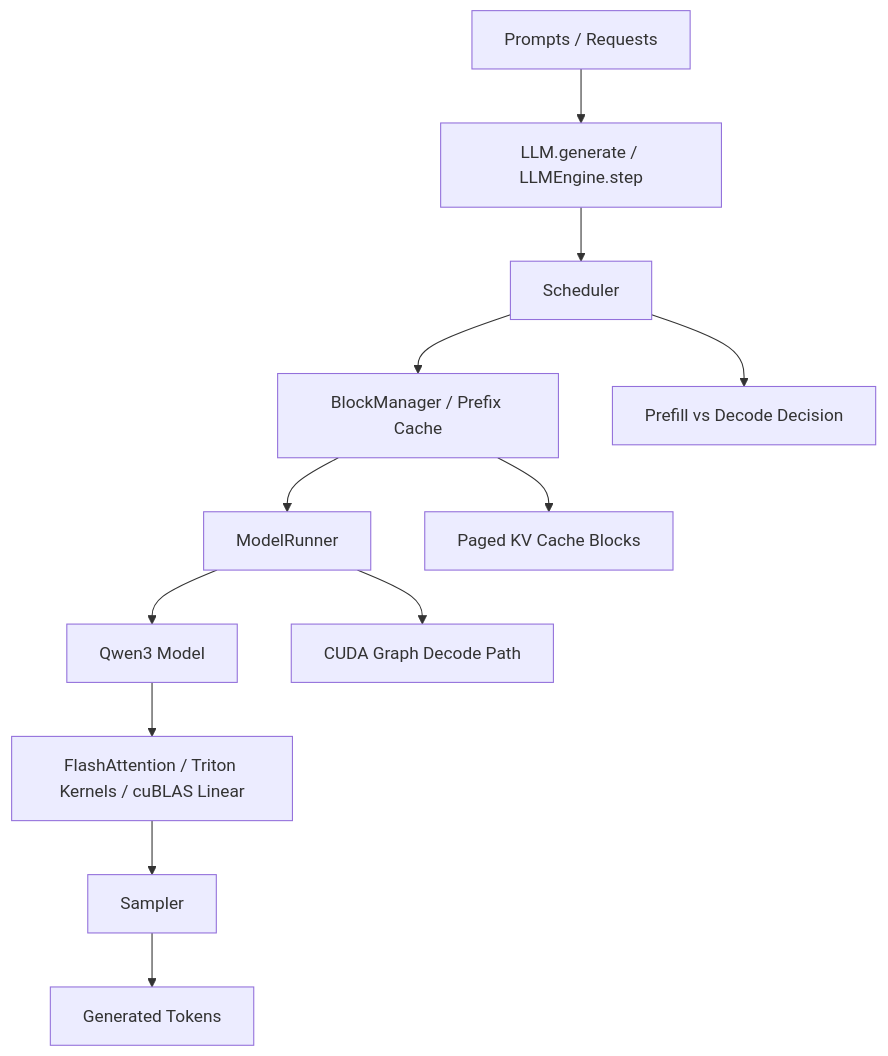
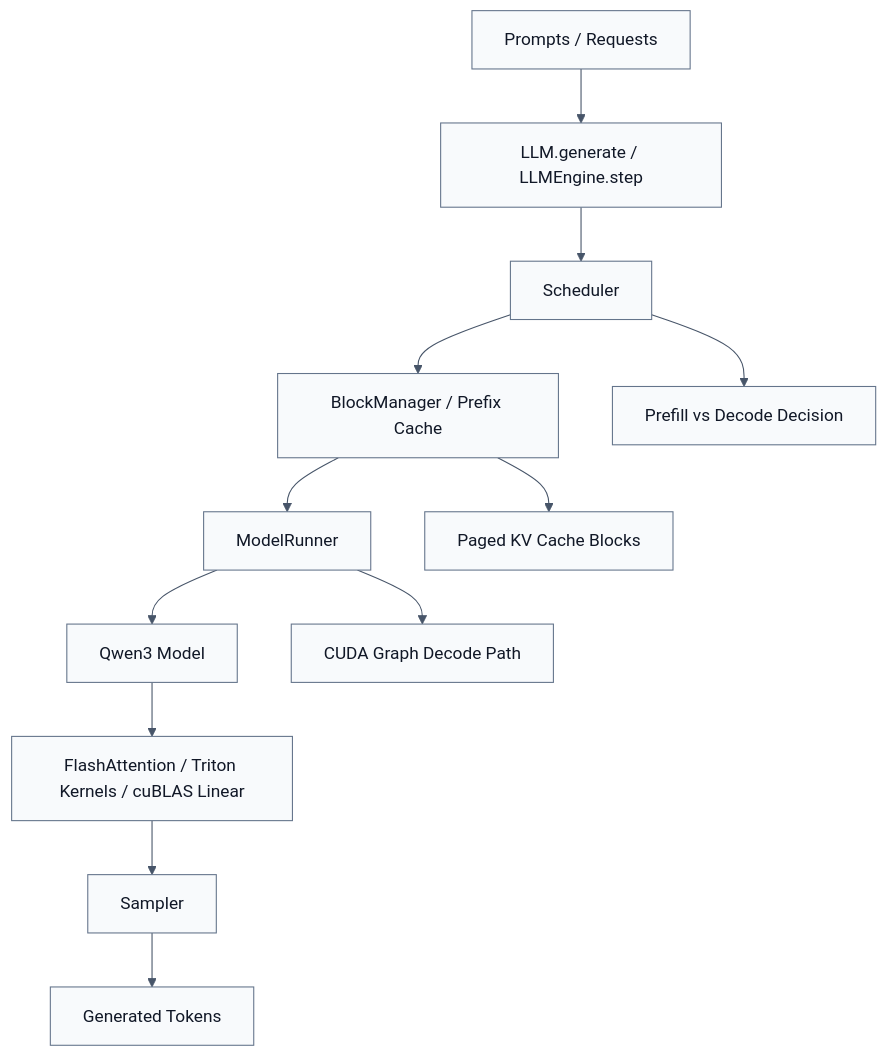
Before and after one commit to Creativecole/nano-vllm: the diagram in README.md, drawn with Mermaid.

Commit message:
Use light Mermaid theme in README

````diff
--- a/README.md
+++ b/README.md
@@ -41,14 +41,15 @@
 ```mermaid
+%%{init: {"theme": "base", "themeVariables": {"background": "#ffffff", "primaryColor": "#f8fafc", "primaryTextColor": "#111827", "primaryBorderColor": "#64748b", "lineColor": "#475569", "secondaryColor": "#eef2ff", "tertiaryColor": "#f0fdfa"}}}%%
 flowchart TD
     A["Prompts / Requests"] --> B["LLM.generate / LLMEngine.step"]
     B --> C["Scheduler"]
     C --> D["BlockManager / Prefix Cache"]
     D --> E["ModelRunner"]
     E --> F["Qwen3 Model"]
     F --> G["FlashAttention / Triton Kernels / cuBLAS Linear"]
     G --> H["Sampler"]
     H --> I["Generated Tokens"]
     C --> J["Prefill vs Decode Decision"]
     E --> K["CUDA Graph Decode Path"]
     D --> L["Paged KV Cache Blocks"]
 ```
````
